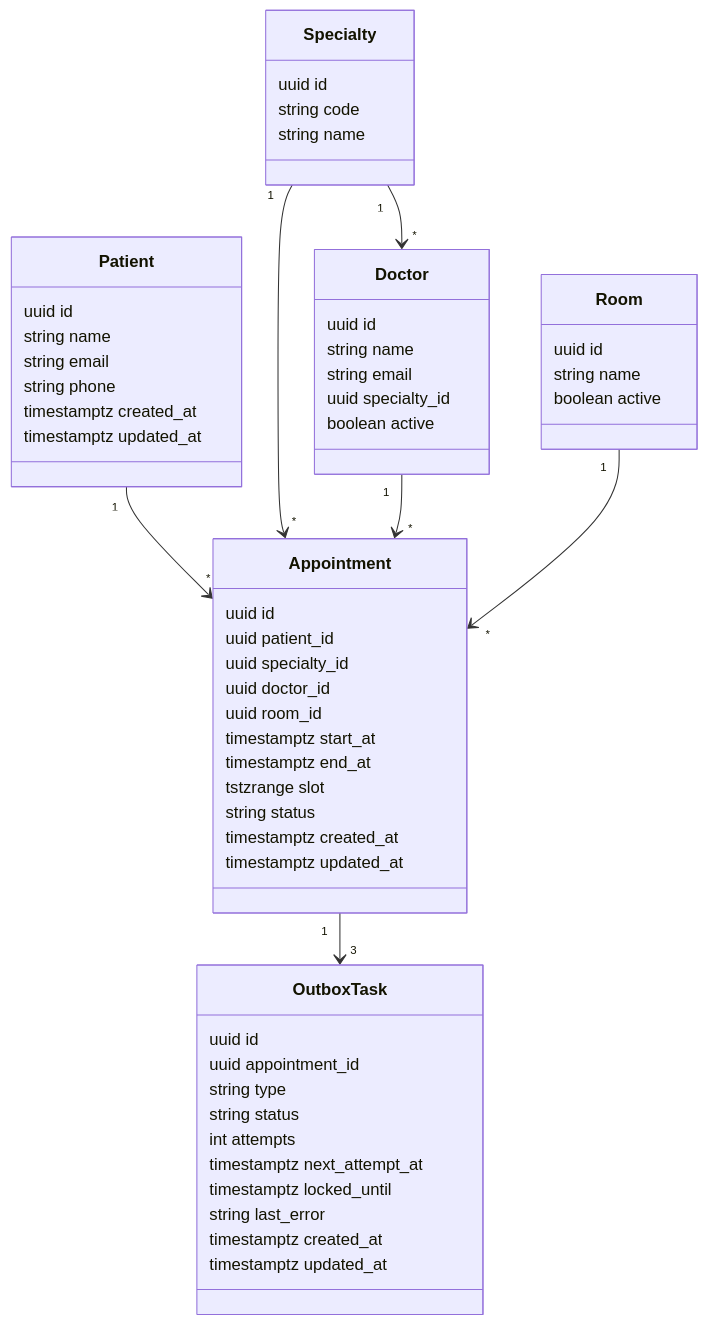
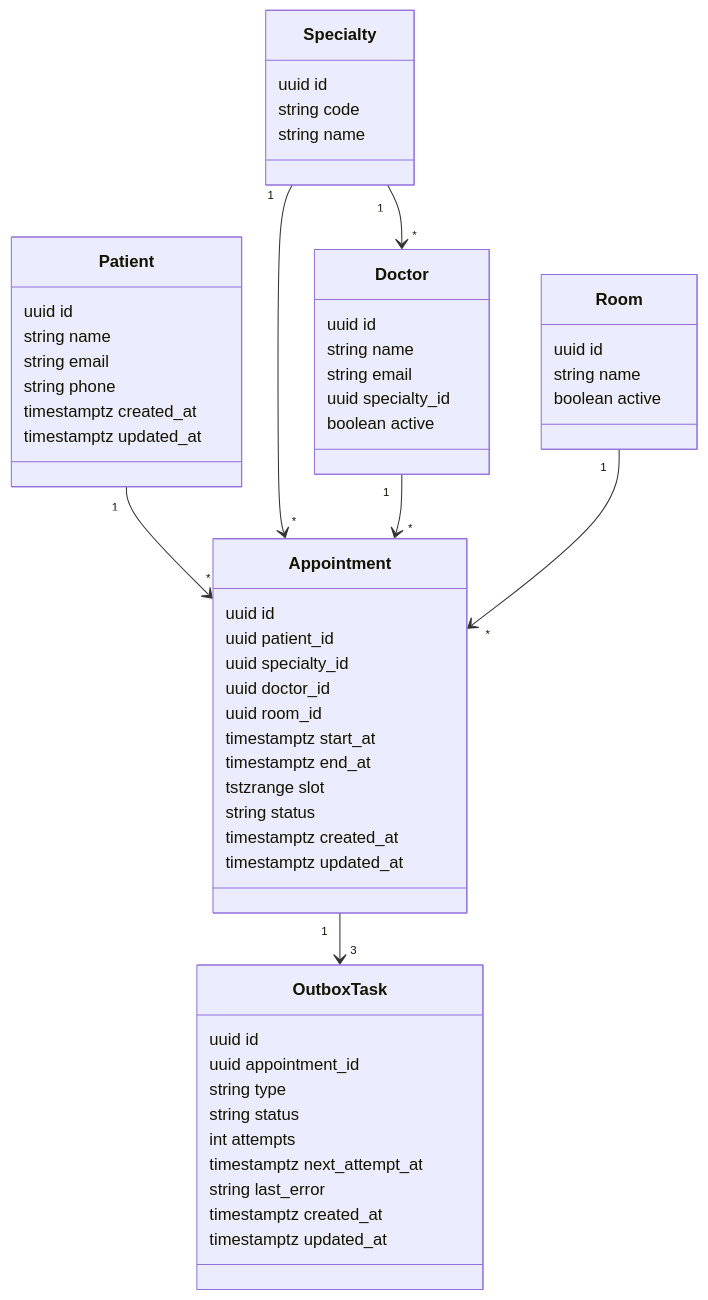
Before and after one commit to paulotrevizan/appointments-api: the fifth of 5 diagrams in docs/excalidraw-diagrams.md, drawn with Mermaid. The commit also changed other lines of this file and 28 other files, not shown here.

````diff
--- a/docs/excalidraw-diagrams.md
+++ b/docs/excalidraw-diagrams.md
@@ -111,60 +111,59 @@
 ```mermaid
 classDiagram
   class Patient {
     uuid id
     string name
     string email
     string phone
     timestamptz created_at
     timestamptz updated_at
   }
   class Specialty {
     uuid id
     string code
     string name
   }
   class Doctor {
     uuid id
     string name
     string email
     uuid specialty_id
     boolean active
   }
   class Room {
     uuid id
     string name
     boolean active
   }
   class Appointment {
     uuid id
     uuid patient_id
     uuid specialty_id
     uuid doctor_id
     uuid room_id
     timestamptz start_at
     timestamptz end_at
     tstzrange slot
     string status
     timestamptz created_at
     timestamptz updated_at
   }
   class OutboxTask {
     uuid id
     uuid appointment_id
     string type
     string status
     int attempts
     timestamptz next_attempt_at
-    timestamptz locked_until
     string last_error
     timestamptz created_at
     timestamptz updated_at
   }
 
   Patient "1" --> "*" Appointment
   Specialty "1" --> "*" Doctor
   Specialty "1" --> "*" Appointment
   Doctor "1" --> "*" Appointment
   Room "1" --> "*" Appointment
   Appointment "1" --> "3" OutboxTask
 ```
````
